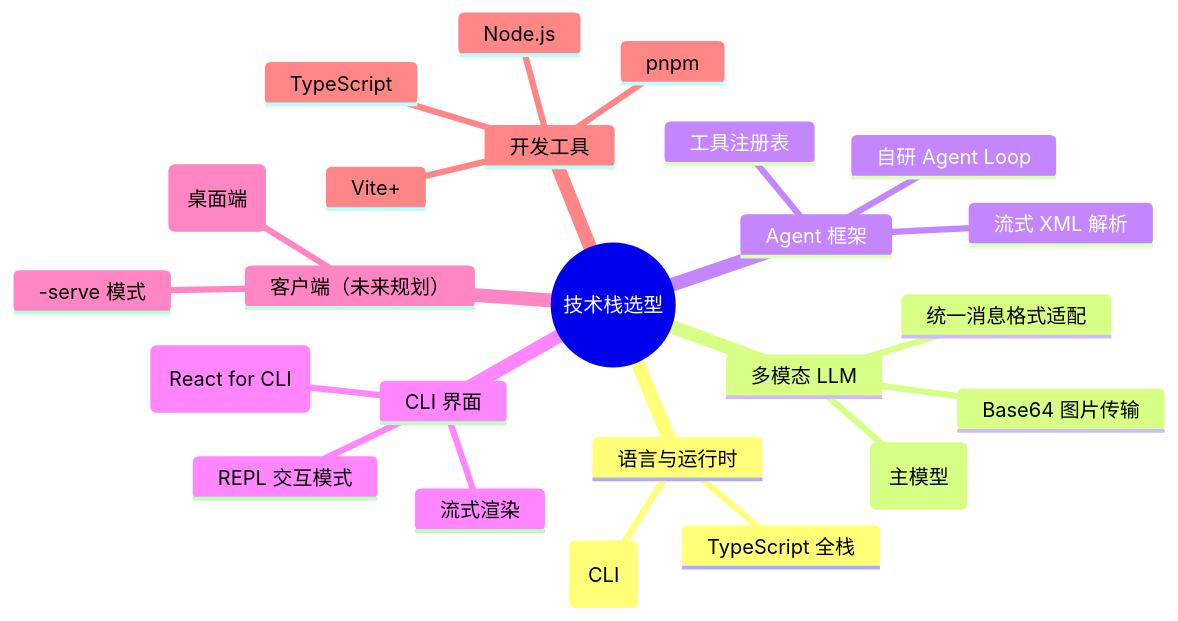
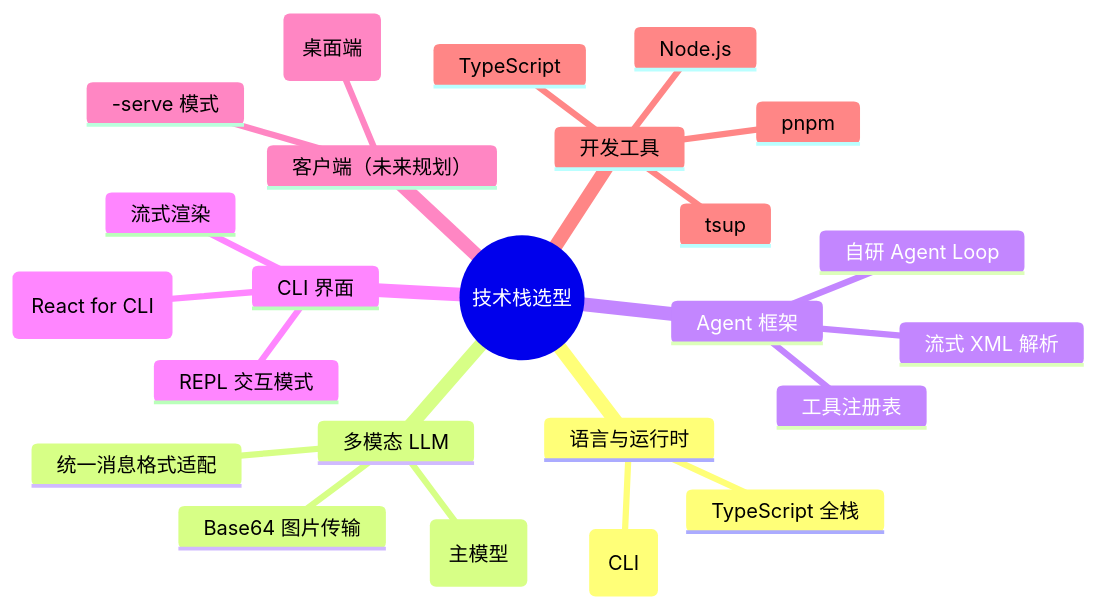
One commit to Woisol/yaCA changed the first of 3 diagrams in project/docs/design/05-04.md. Above: the diagram before and after it, drawn with Mermaid. The commit also changed other lines of this file and 1 other file, not shown here.

Commit message:
:pencil: docs: use qwen3.6, fix some hallucinations

````diff
--- a/project/docs/design/05-04.md
+++ b/project/docs/design/05-04.md
@@ -14,27 +14,27 @@
 ```mermaid
 mindmap
   root((技术栈选型))
     语言与运行时
       TypeScript 全栈
       Node.js (CLI)
     多模态 LLM
-      Qwen2.5-VL (主模型)
+      Qwen3.6 (主模型)
       Base64 图片传输
       统一消息格式适配
     Agent 框架
       自研 Agent Loop
       流式 XML 解析
       工具注册表
     CLI 界面
       Ink.js (React for CLI)
       REPL 交互模式
       流式渲染
     客户端（未来规划）
       Tauri (桌面端)
       Web 页面 (--serve 模式)
     开发工具
       pnpm
       TypeScript
       Node.js
-      Vite+
+      tsup
 ```
````
